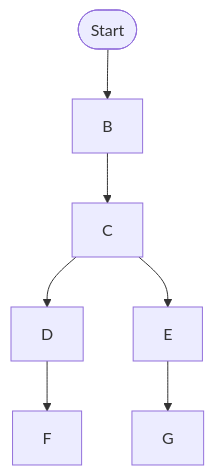
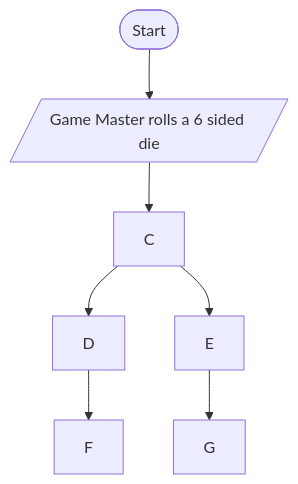
The diagram in Guessing.md (caelliott2552/caelliott2552.github.io), drawn with Mermaid before and after one commit.

````diff
--- a/Guessing.md
+++ b/Guessing.md
@@ -1,9 +1,9 @@
 ```mermaid
 graph TD;
-    A([Start])-->B;
-    B-->C;
+    A([Start])-->B[/Game Master rolls a 6 sided die/];
+    B[/Game Master rolls a 6 sided die/]-->C;
     C-->D;
     C-->E;
     D-->F;
     E-->G;
 ```
````
